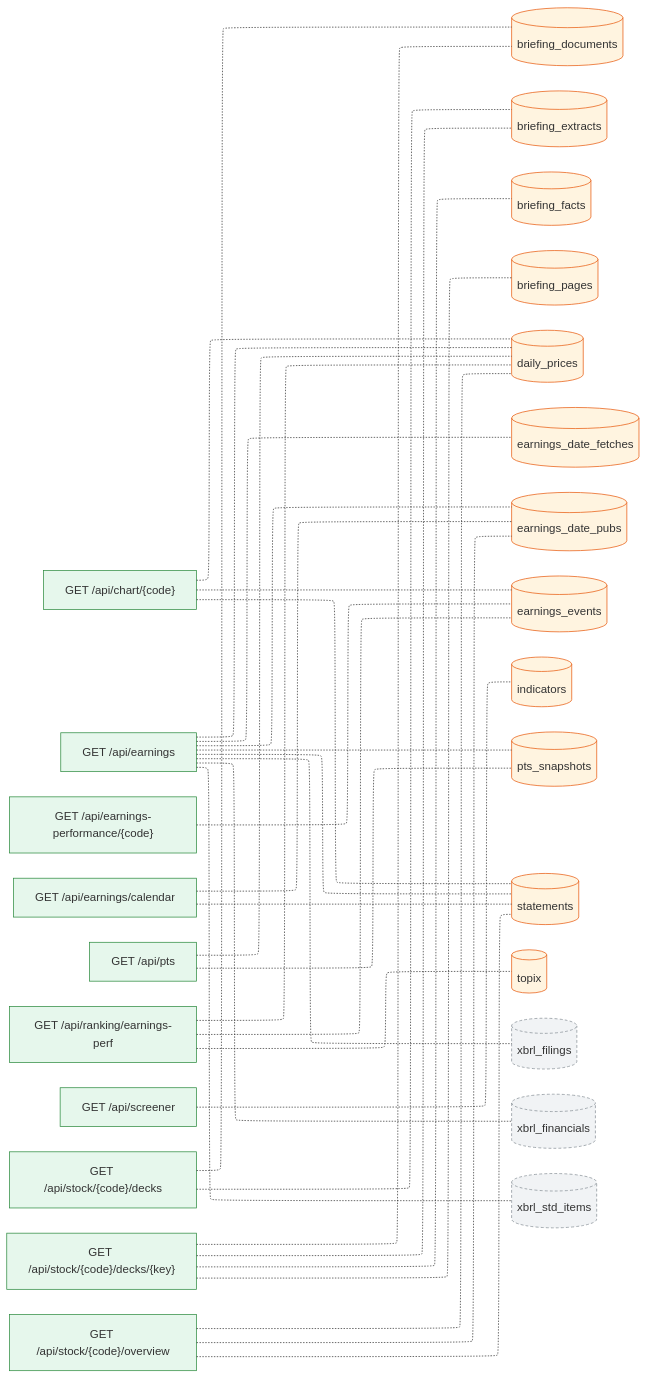
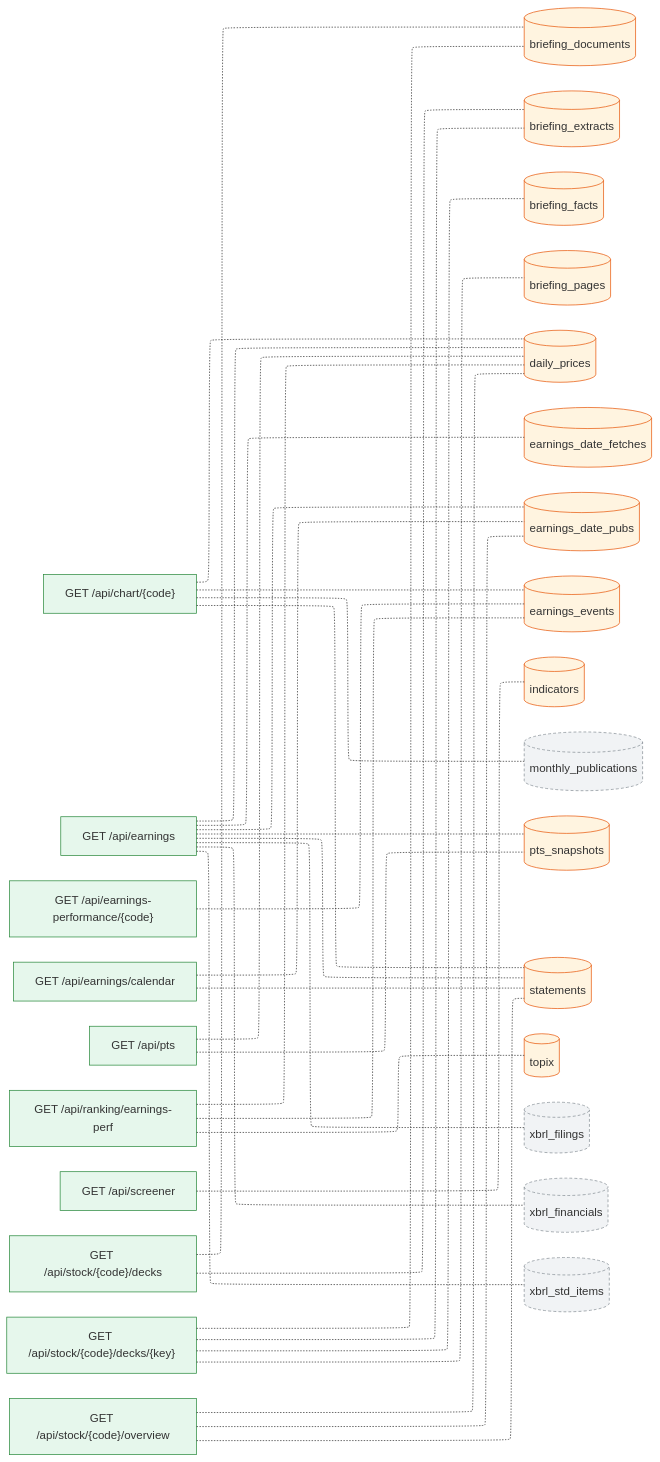
One commit to pekumirui/stock-analyzer changed the second of 2 diagrams in docs/dataflow/market.md. Above: the diagram before and after it, drawn with Mermaid. The commit also changed other lines of this file and 19 other files, not shown here.

````diff
--- a/docs/dataflow/market.md
+++ b/docs/dataflow/market.md
@@ -92,65 +92,67 @@
 ```mermaid
 ---
 config:
   layout: elk
 ---
 flowchart LR
   n0["GET /api/chart/{code}"]:::api
   n1["GET /api/earnings"]:::api
   n2["GET /api/earnings-performance/{code}"]:::api
   n3["GET /api/earnings/calendar"]:::api
   n4["GET /api/pts"]:::api
   n5["GET /api/ranking/earnings-perf"]:::api
   n6["GET /api/screener"]:::api
   n7["GET /api/stock/{code}/decks"]:::api
   n8["GET /api/stock/{code}/decks/{key}"]:::api
   n9["GET /api/stock/{code}/overview"]:::api
   n10[("briefing_documents")]:::tbl
   n11[("briefing_extracts")]:::tbl
   n12[("briefing_facts")]:::tbl
   n13[("briefing_pages")]:::tbl
   n14[("daily_prices")]:::tbl
   n15[("earnings_date_fetches")]:::tbl
   n16[("earnings_date_pubs")]:::tbl
   n17[("earnings_events")]:::tbl
   n18[("indicators")]:::tbl
-  n19[("pts_snapshots")]:::tbl
-  n20[("statements")]:::tbl
-  n21[("topix")]:::tbl
-  n22[("xbrl_filings")]:::ext
-  n23[("xbrl_financials")]:::ext
-  n24[("xbrl_std_items")]:::ext
+  n19[("monthly_publications")]:::ext
+  n20[("pts_snapshots")]:::tbl
+  n21[("statements")]:::tbl
+  n22[("topix")]:::tbl
+  n23[("xbrl_filings")]:::ext
+  n24[("xbrl_financials")]:::ext
+  n25[("xbrl_std_items")]:::ext
   n0 -.- n14
   n0 -.- n17
-  n0 -.- n20
+  n0 -.- n19
+  n0 -.- n21
   n1 -.- n14
   n1 -.- n15
   n1 -.- n16
-  n1 -.- n19
   n1 -.- n20
-  n1 -.- n22
+  n1 -.- n21
   n1 -.- n23
   n1 -.- n24
+  n1 -.- n25
   n2 -.- n17
   n3 -.- n16
-  n3 -.- n20
+  n3 -.- n21
   n4 -.- n14
-  n4 -.- n19
+  n4 -.- n20
   n5 -.- n14
   n5 -.- n17
-  n5 -.- n21
+  n5 -.- n22
   n6 -.- n18
   n7 -.- n10
   n7 -.- n11
   n8 -.- n10
   n8 -.- n11
   n8 -.- n12
   n8 -.- n13
   n9 -.- n14
   n9 -.- n16
-  n9 -.- n20
+  n9 -.- n21
   classDef job fill:#e3ecff,stroke:#3b5bdb
   classDef api fill:#e6f7ec,stroke:#2b8a3e
   classDef tbl fill:#fff4e0,stroke:#e8590c
   classDef ext fill:#f1f3f5,stroke:#868e96,stroke-dasharray:4 3
 ```
````
